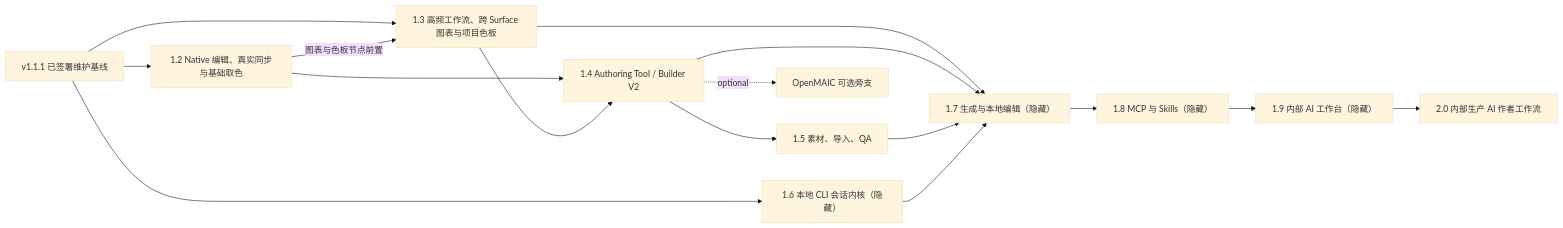
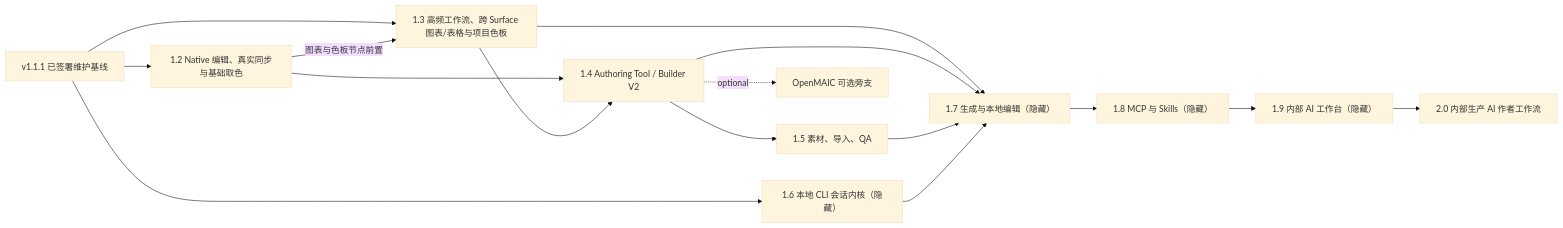
One commit to ghostairship-debug/ittoedu changed the diagram in docs/development-plan/roadmap/README.md. Above: the diagram before and after it, drawn with Mermaid (base theme). The commit also changed other lines of this file and 167 other files, not shown here.

````diff
--- a/docs/development-plan/roadmap/README.md
+++ b/docs/development-plan/roadmap/README.md
@@ -25,28 +25,28 @@
 ```mermaid
 flowchart LR
     B["v1.1.1 已签署维护基线"]
     R12["1.2 Native 编辑、真实同步与基础取色"]
-    R13["1.3 高频工作流、跨 Surface 图表与项目色板"]
+    R13["1.3 高频工作流、跨 Surface 图表/表格与项目色板"]
     R14["1.4 Authoring Tool / Builder V2"]
     R15["1.5 素材、导入、QA"]
     R16["1.6 本地 CLI 会话内核（隐藏）"]
     R17["1.7 生成与本地编辑（隐藏）"]
     R18["1.8 MCP 与 Skills（隐藏）"]
     R19["1.9 内部 AI 工作台（隐藏）"]
     R20["2.0 内部生产 AI 作者工作流"]
     O["OpenMAIC 可选旁支"]
 
     B --> R12
     B --> R13
     B --> R16
     R12 -->|图表与色板节点前置| R13
     R12 --> R14
     R13 --> R14
     R14 --> R15
     R13 --> R17
     R14 --> R17
     R15 --> R17
     R16 --> R17
     R17 --> R18 --> R19 --> R20
     R14 -. optional .-> O
 ```
````
